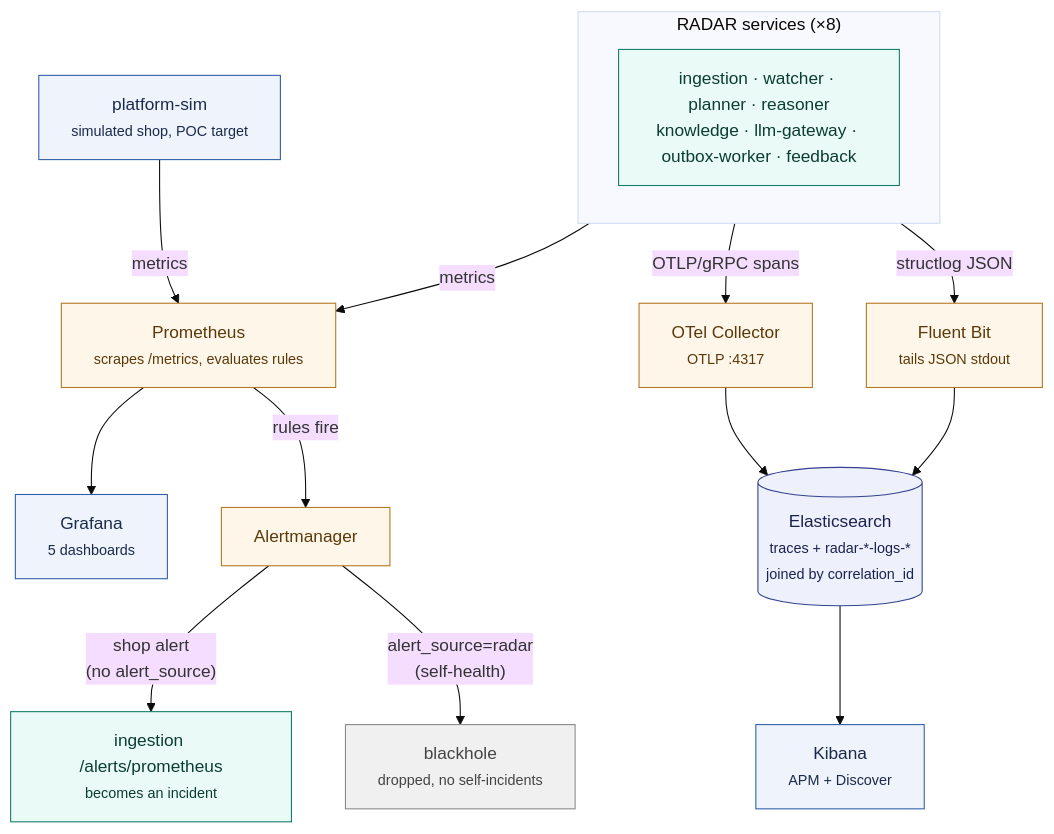
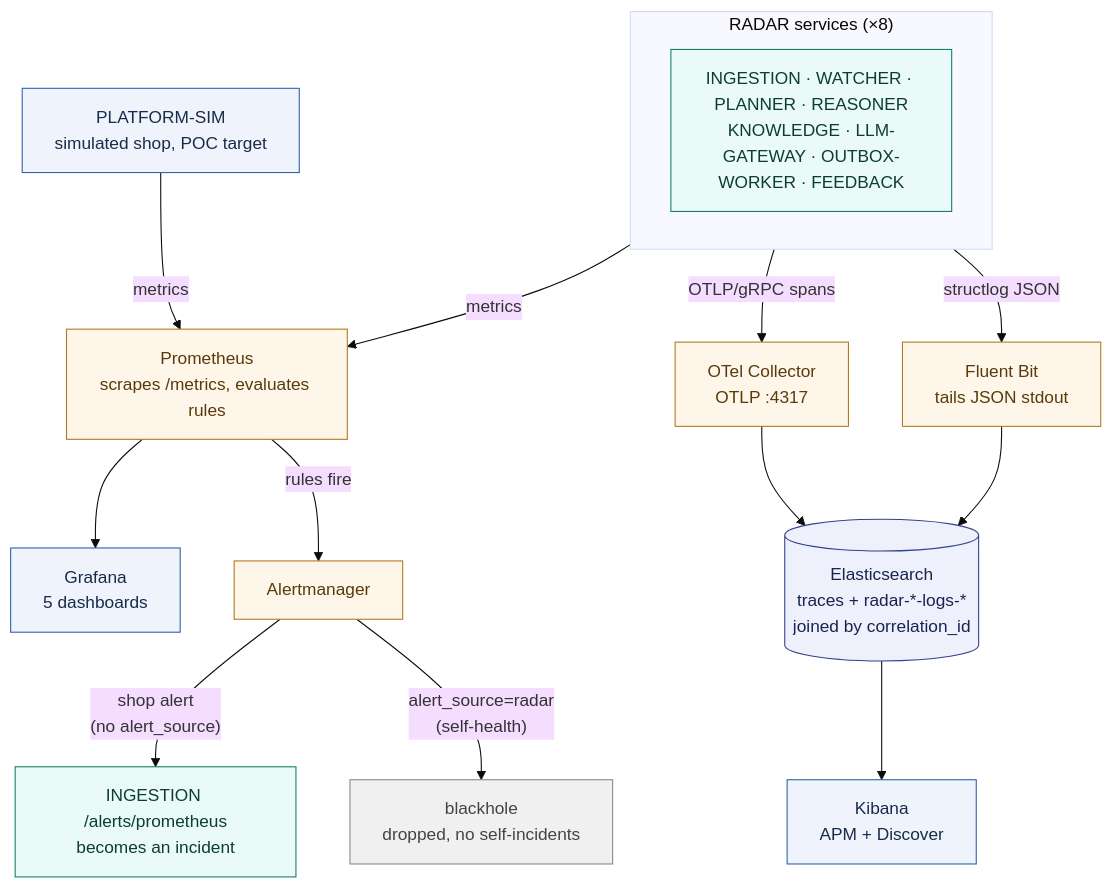
Before and after one commit to k-kohli10/radar-system: the diagram in docs/architecture/observability.md, drawn with Mermaid (base theme). The commit also changed 4 other files, not shown here.

Commit message:
docs(diagrams): uppercase service names and drop <small> tags

````diff
--- a/docs/architecture/observability.md
+++ b/docs/architecture/observability.md
@@ -30,42 +30,42 @@
 ```mermaid
 flowchart TB
-    SIM["platform-sim<br/><small>simulated shop, POC target</small>"]:::ext
+    SIM["PLATFORM-SIM<br/>simulated shop, POC target"]:::ext
 
     subgraph RADAR["RADAR services (×8)"]
       direction LR
-      SVC["ingestion · watcher · planner · reasoner<br/>knowledge · llm-gateway · outbox-worker · feedback"]:::agent
+      SVC["INGESTION · WATCHER · PLANNER · REASONER<br/>KNOWLEDGE · LLM-GATEWAY · OUTBOX-WORKER · FEEDBACK"]:::agent
     end
 
-    PROM["Prometheus<br/><small>scrapes /metrics, evaluates rules</small>"]:::infra
-    OTELC["OTel Collector<br/><small>OTLP :4317</small>"]:::infra
-    FB["Fluent Bit<br/><small>tails JSON stdout</small>"]:::infra
+    PROM["Prometheus<br/>scrapes /metrics, evaluates rules"]:::infra
+    OTELC["OTel Collector<br/>OTLP :4317"]:::infra
+    FB["Fluent Bit<br/>tails JSON stdout"]:::infra
     AM["Alertmanager"]:::infra
-    ES[("Elasticsearch<br/><small>traces + radar-*-logs-*<br/>joined by correlation_id</small>")]:::store
+    ES[("Elasticsearch<br/>traces + radar-*-logs-*<br/>joined by correlation_id")]:::store
 
-    GRAF["Grafana<br/><small>5 dashboards</small>"]:::ext
-    KIB["Kibana<br/><small>APM + Discover</small>"]:::ext
-    ING["ingestion /alerts/prometheus<br/><small>becomes an incident</small>"]:::agent
-    BH["blackhole<br/><small>dropped, no self-incidents</small>"]:::muted
+    GRAF["Grafana<br/>5 dashboards"]:::ext
+    KIB["Kibana<br/>APM + Discover"]:::ext
+    ING["INGESTION /alerts/prometheus<br/>becomes an incident"]:::agent
+    BH["blackhole<br/>dropped, no self-incidents"]:::muted
 
     %% metrics + alerting plane
     SIM -- "metrics" --> PROM
     SVC -- "metrics" --> PROM
     PROM --> GRAF
     PROM -- "rules fire" --> AM
     AM -- "shop alert<br/>(no alert_source)" --> ING
     AM -- "alert_source=radar<br/>(self-health)" --> BH
 
     %% traces plane
     SVC -- "OTLP/gRPC spans" --> OTELC --> ES
 
     %% logs plane
     SVC -- "structlog JSON" --> FB --> ES
 
     ES --> KIB
 
     classDef ext fill:#eef3fc,stroke:#2f5fa8,color:#1a2b4a;
     classDef agent fill:#eafaf6,stroke:#127d69,color:#0b3d33;
     classDef store fill:#eef1fb,stroke:#33418f,color:#1a2350;
     classDef infra fill:#fef6e9,stroke:#b5761f,color:#5a3a0a;
     classDef muted fill:#f0f0f0,stroke:#888888,color:#444444;
 ```
````
